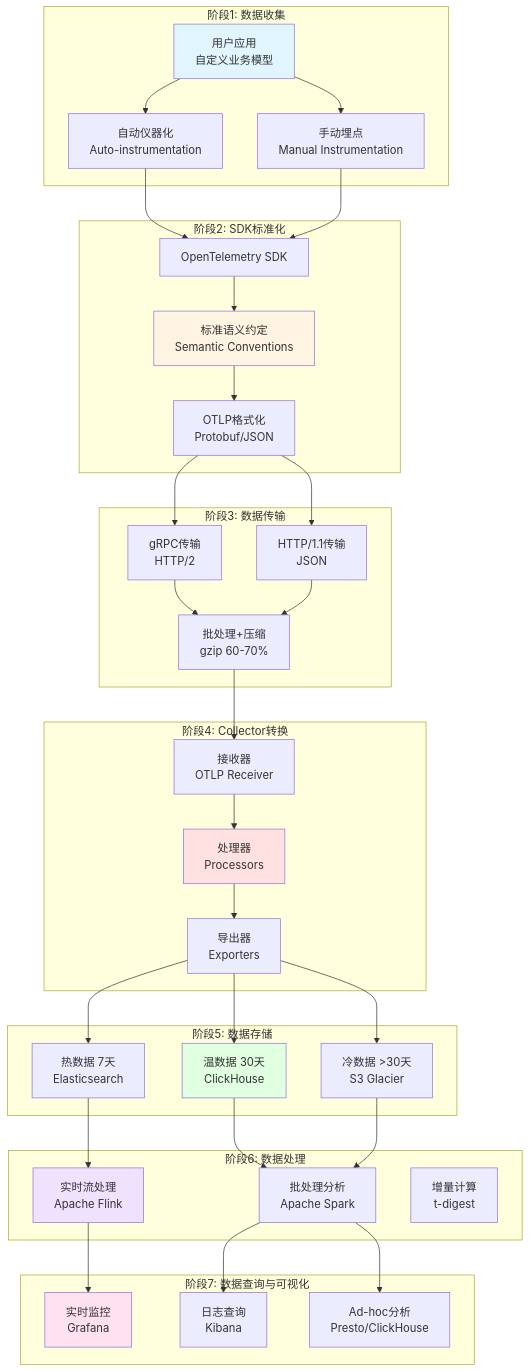
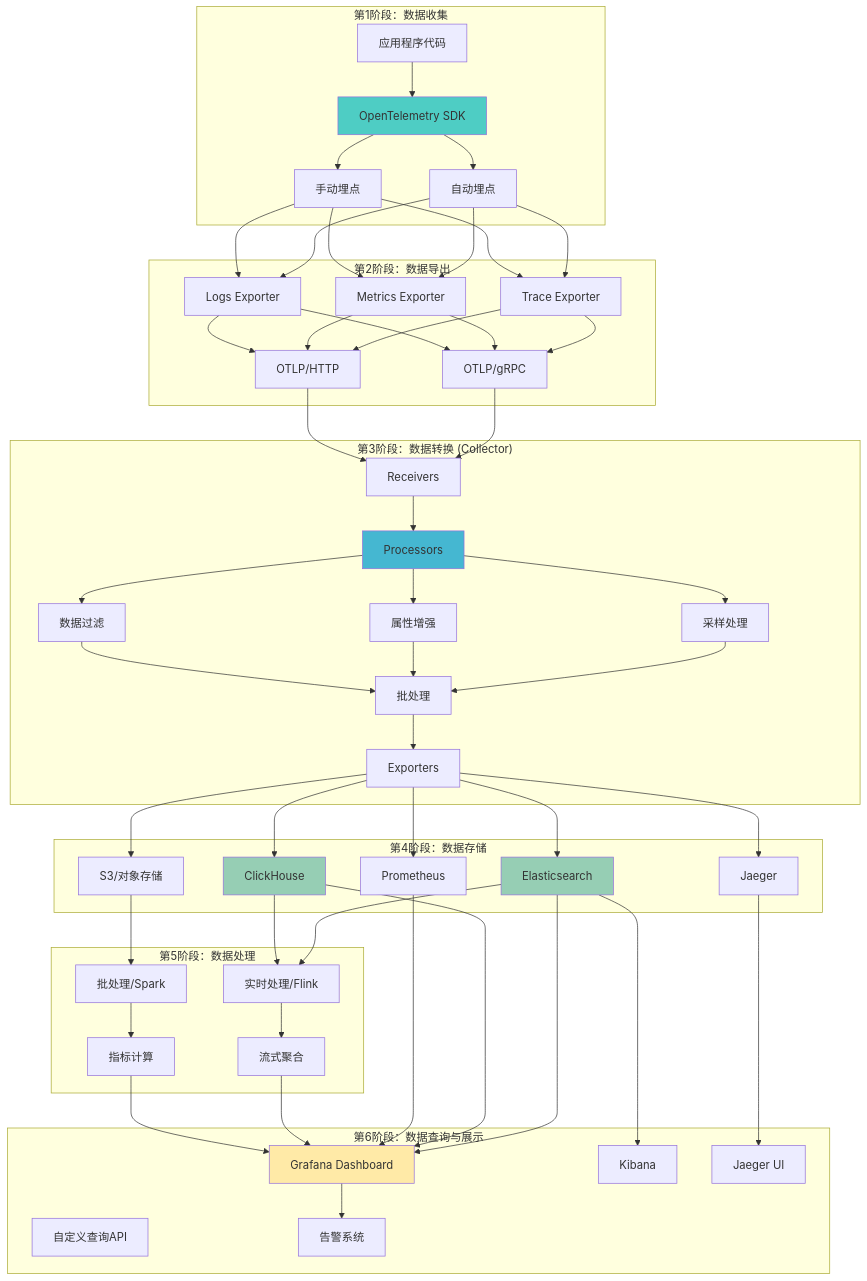
One commit to AdaMartin18010/OTLP changed the first of 4 diagrams in 📊_OTLP数据生命周期可视化图表_2025_10_20.md. Above: the diagram before and after it, drawn with Mermaid. The commit also changed other lines of this file and 62 other files, not shown here.

````diff
--- a/📊_OTLP数据生命周期可视化图表_2025_10_20.md
+++ b/📊_OTLP数据生命周期可视化图表_2025_10_20.md
@@ -26,73 +27,106 @@
 ```mermaid
 graph TB
-    subgraph "阶段1: 数据收集"
-        A1[用户应用<br/>自定义业务模型]
-        A2[自动仪器化<br/>Auto-instrumentation]
-        A3[手动埋点<br/>Manual Instrumentation]
+    subgraph "第1阶段：数据收集"
+        A1[应用程序代码]
+        A2[OpenTelemetry SDK]
+        A3[自动埋点]
+        A4[手动埋点]
+        
         A1 --> A2
-        A1 --> A3
+        A2 --> A3
+        A2 --> A4
     end
     
-    subgraph "阶段2: SDK标准化"
-        B1[OpenTelemetry SDK]
-        B2[标准语义约定<br/>Semantic Conventions]
-        B3[OTLP格式化<br/>Protobuf/JSON]
-        A2 --> B1
+    subgraph "第2阶段：数据导出"
+        B1[Trace Exporter]
+        B2[Metrics Exporter]
+        B3[Logs Exporter]
+        B4[OTLP/gRPC]
+        B5[OTLP/HTTP]
+        
         A3 --> B1
-        B1 --> B2
-        B2 --> B3
+        A3 --> B2
+        A3 --> B3
+        A4 --> B1
+        A4 --> B2
+        A4 --> B3
+        
+        B1 --> B4
+        B1 --> B5
+        B2 --> B4
+        B2 --> B5
+        B3 --> B4
+        B3 --> B5
     end
     
-    subgraph "阶段3: 数据传输"
-        C1[gRPC传输<br/>HTTP/2]
-        C2[HTTP/1.1传输<br/>JSON]
-        C3[批处理+压缩<br/>gzip 60-70%]
-        B3 --> C1
-        B3 --> C2
-        C1 --> C3
-        C2 --> C3
+    subgraph "第3阶段：数据转换 (Collector)"
+        C1[Receivers]
+        C2[Processors]
+        C3[Exporters]
+        C4[采样处理]
+        C5[属性增强]
+        C6[数据过滤]
+        C7[批处理]
+        
+        B4 --> C1
+        B5 --> C1
+        C1 --> C2
+        C2 --> C4
+        C2 --> C5
+        C2 --> C6
+        C4 --> C7
+        C5 --> C7
+        C6 --> C7
+        C7 --> C3
     end
     
-    subgraph "阶段4: Collector转换"
-        D1[接收器<br/>OTLP Receiver]
-        D2[处理器<br/>Processors]
-        D3[导出器<br/>Exporters]
+    subgraph "第4阶段：数据存储"
+        D1[Elasticsearch]
+        D2[ClickHouse]
+        D3[Prometheus]
+        D4[Jaeger]
+        D5[S3/对象存储]
+        
         C3 --> D1
-        D1 --> D2
-        D2 --> D3
+        C3 --> D2
+        C3 --> D3
+        C3 --> D4
+        C3 --> D5
     end
     
-    subgraph "阶段5: 数据存储"
-        E1[热数据 7天<br/>Elasticsearch]
-        E2[温数据 30天<br/>ClickHouse]
-        E3[冷数据 >30天<br/>S3 Glacier]
-        D3 --> E1
-        D3 --> E2
-        D3 --> E3
+    subgraph "第5阶段：数据处理"
+        E1[实时处理/Flink]
+        E2[批处理/Spark]
+        E3[流式聚合]
+        E4[指标计算]
+        
+        D1 --> E1
+        D2 --> E1
+        D5 --> E2
+        E1 --> E3
+        E2 --> E4
     end
     
-    subgraph "阶段6: 数据处理"
-        F1[实时流处理<br/>Apache Flink]
-        F2[批处理分析<br/>Apache Spark]
-        F3[增量计算<br/>t-digest]
-        E1 --> F1
-        E2 --> F2
-        E3 --> F2
+    subgraph "第6阶段：数据查询与展示"
+        F1[Grafana Dashboard]
+        F2[Kibana]
+        F3[Jaeger UI]
+        F4[自定义查询API]
+        F5[告警系统]
+        
+        D1 --> F1
+        D1 --> F2
+        D2 --> F1
+        D3 --> F1
+        D4 --> F3
+        E3 --> F1
+        E4 --> F1
+        F1 --> F5
     end
     
-    subgraph "阶段7: 数据查询与可视化"
-        G1[实时监控<br/>Grafana]
-        G2[日志查询<br/>Kibana]
-        G3[Ad-hoc分析<br/>Presto/ClickHouse]
-        F1 --> G1
-        F2 --> G2
-        F2 --> G3
-    end
-    
-    style A1 fill:#e1f5ff
-    style B2 fill:#fff4e1
-    style D2 fill:#ffe1e1
-    style E2 fill:#e1ffe1
-    style F1 fill:#f0e1ff
-    style G1 fill:#ffe1f0
+    style A2 fill:#4ecdc4
+    style C2 fill:#45b7d1
+    style D1 fill:#96ceb4
+    style D2 fill:#96ceb4
+    style F1 fill:#ffeaa7
 ```
````
